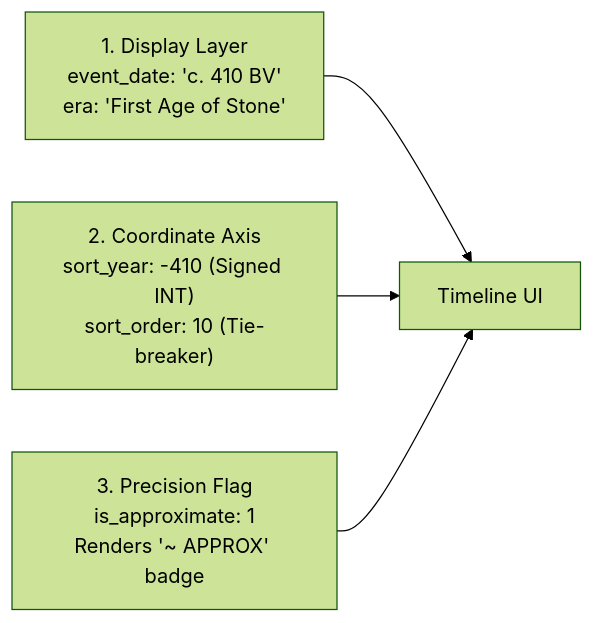
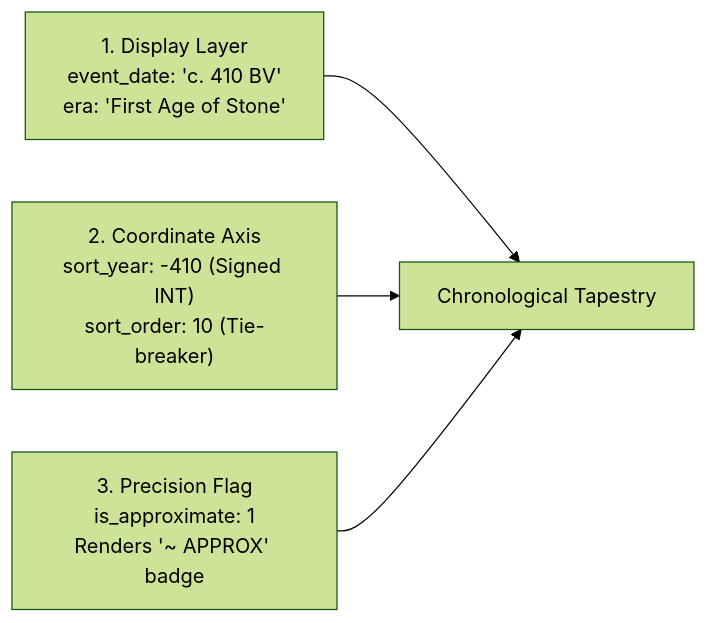
One commit to ZEROTSUDIO/Lorebook changed the diagram in README.md. Above: the diagram before and after it, drawn with Mermaid (forest theme). The commit also changed other lines of this file, not shown here.

````diff
--- a/README.md
+++ b/README.md
@@ -252,6 +352,6 @@
 ```mermaid
 flowchart LR
-    A["1. Display Layer<br/>event_date: 'c. 410 BV'<br/>era: 'First Age of Stone'"] --> D["Timeline UI"]
+    A["1. Display Layer<br/>event_date: 'c. 410 BV'<br/>era: 'First Age of Stone'"] --> D["Chronological Tapestry"]
     B["2. Coordinate Axis<br/>sort_year: -410 (Signed INT)<br/>sort_order: 10 (Tie-breaker)"] --> D
     C["3. Precision Flag<br/>is_approximate: 1<br/>Renders '~ APPROX' badge"] --> D
 ```
````
